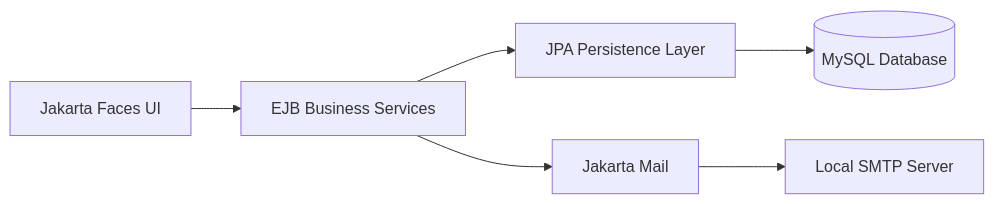
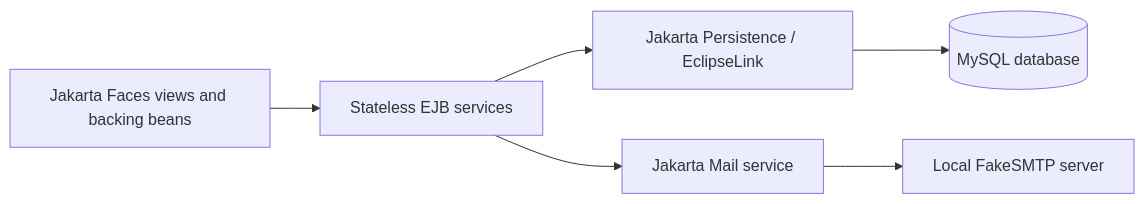
The diagram in README.md (JeraldBucud/smarttech-ebusiness-system), drawn with Mermaid before and after one commit. The commit also changed other lines of this file, not shown here.

````diff
--- a/README.md
+++ b/README.md
@@ -51,8 +46,8 @@
 ```mermaid
 flowchart LR
-    A[Jakarta Faces UI] --> B[EJB Business Services]
-    B --> C[JPA Persistence Layer]
-    C --> D[(MySQL Database)]
-    B --> E[Jakarta Mail]
-    E --> F[Local SMTP Server]
+    A[Jakarta Faces views and backing beans] --> B[Stateless EJB services]
+    B --> C[Jakarta Persistence / EclipseLink]
+    C --> D[(MySQL database)]
+    B --> E[Jakarta Mail service]
+    E --> F[Local FakeSMTP server]
 ```
````
